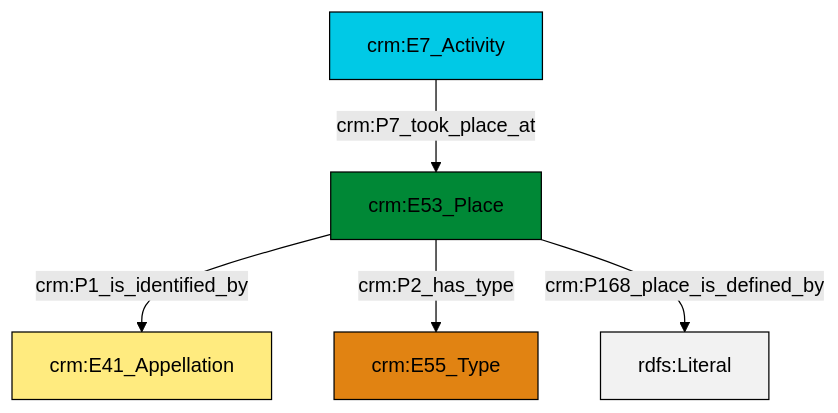
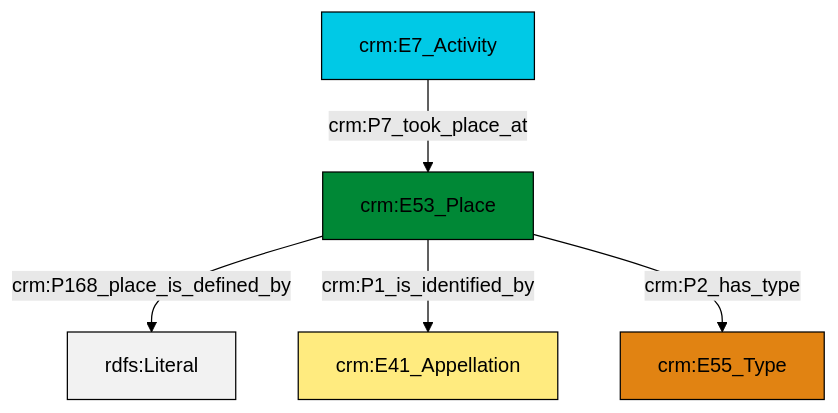
Before and after one commit to swiss-art-research-net/reference-data-models: the diagram in et/eventCSV/ttl/mmd/event_location.ttl.mmd, drawn with Mermaid (forest theme). The commit also changed 125 other files, not shown here.

```diff
--- a/et/eventCSV/ttl/mmd/event_location.ttl.mmd
+++ b/et/eventCSV/ttl/mmd/event_location.ttl.mmd
@@ -1,19 +1,19 @@
 graph TD
 classDef Literal fill:#f2f2f2,stroke:#000000;
 classDef CRM_Entity fill:#FFFFFF,stroke:#000000;
 classDef Temporal_Entity fill:#00C9E6, stroke:#000000;
 classDef Type fill:#E18312, stroke:#000000;
 classDef Time-Span fill:#2C9C91, stroke:#000000;
 classDef Appellation fill:#FFEB7F, stroke:#000000;
 classDef Place fill:#008836, stroke:#000000;
 classDef Persistent_Item fill:#B266B2, stroke:#000000;
 classDef Conceptual_Object fill:#FFD700, stroke:#000000;
 classDef Physical_Thing fill:#D2B48C, stroke:#000000;
 classDef Actor fill:#f58aad, stroke:#000000;
 classDef PC_Classes fill:#4ce600, stroke:#000000;
 classDef Multi fill:#cccccc,stroke:#000000;
 
-0["crm:E53_Place"]:::Place -->|crm:P1_is_identified_by| 2["crm:E41_Appellation"]:::Appellation
-0["crm:E53_Place"]:::Place -->|crm:P2_has_type| 3["crm:E55_Type"]:::Type
-4["crm:E7_Activity"]:::Temporal_Entity -->|crm:P7_took_place_at| 0["crm:E53_Place"]:::Place
-0["crm:E53_Place"]:::Place -->|crm:P168_place_is_defined_by| 7[rdfs:Literal]:::Literal
+0["crm:E53_Place"]:::Place -->|crm:P168_place_is_defined_by| 1[rdfs:Literal]:::Literal
+3["crm:E7_Activity"]:::Temporal_Entity -->|crm:P7_took_place_at| 0["crm:E53_Place"]:::Place
+0["crm:E53_Place"]:::Place -->|crm:P1_is_identified_by| 4["crm:E41_Appellation"]:::Appellation
+0["crm:E53_Place"]:::Place -->|crm:P2_has_type| 6["crm:E55_Type"]:::Type
```
